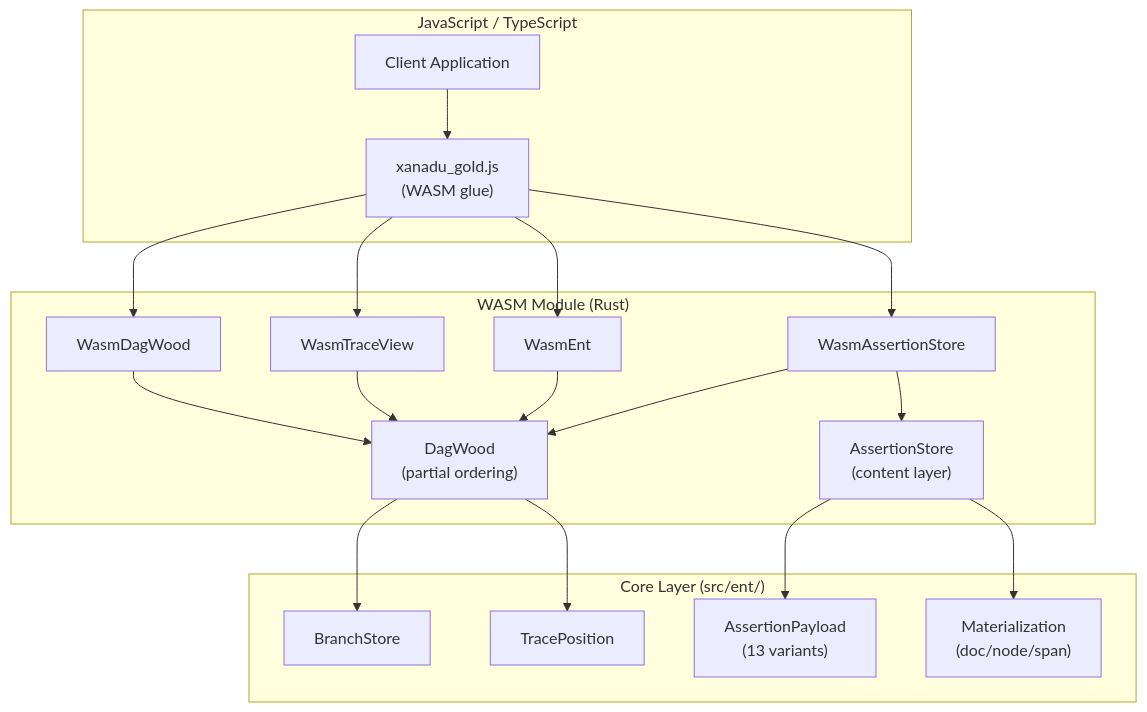
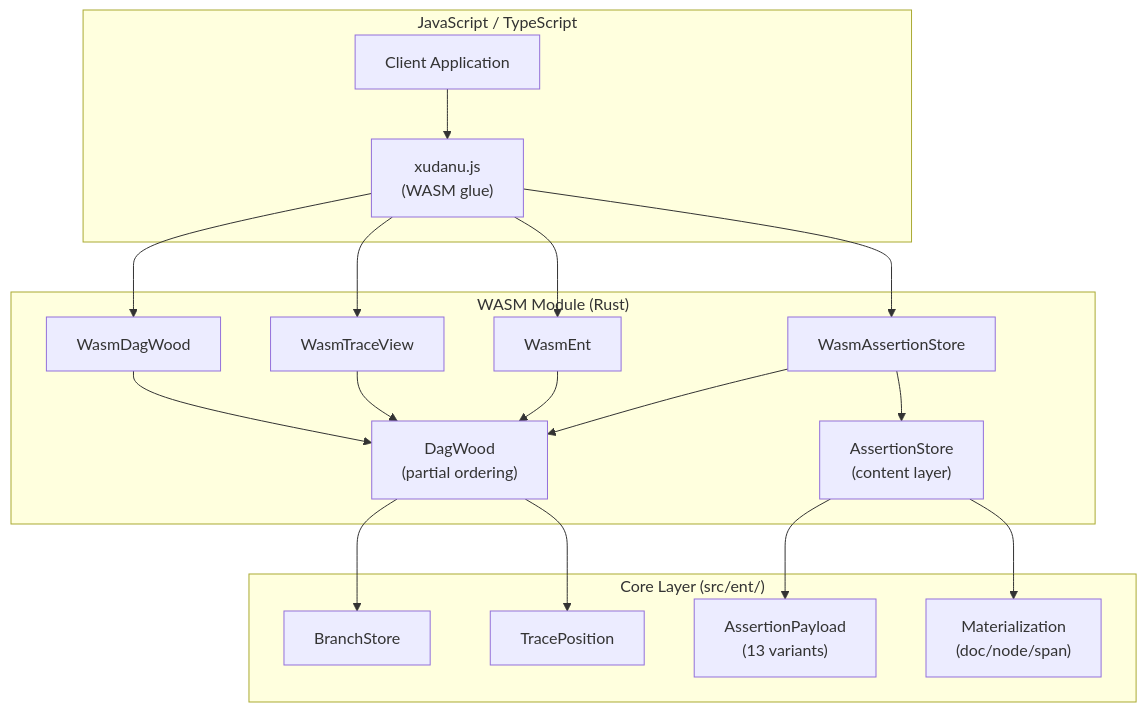
One commit to jonesd/xudanu changed the first of 9 diagrams in original-code/xanadugold/src-rust/docs/architecture.md. Above: the diagram before and after it, drawn with Mermaid. The commit also changed 9 other files, not shown here.

````diff
--- a/original-code/xanadugold/src-rust/docs/architecture.md
+++ b/original-code/xanadugold/src-rust/docs/architecture.md
@@ -10,27 +10,27 @@
 ```mermaid
 graph TB
     subgraph "JavaScript / TypeScript"
         APP["Client Application"]
-        APP --> WASM["xanadu_gold.js<br/>(WASM glue)"]
+        APP --> WASM["xudanu.js<br/>(WASM glue)"]
     end
 
     subgraph "WASM Module (Rust)"
         WASM --> D["WasmDagWood"]
         WASM --> TV["WasmTraceView"]
         WASM --> E["WasmEnt"]
         WASM --> AS["WasmAssertionStore"]
 
         D --> DW["DagWood<br/>(partial ordering)"]
         TV --> DW
         E --> DW
         AS --> CS["AssertionStore<br/>(content layer)"]
         AS --> DW
     end
 
     subgraph "Core Layer (src/ent/)"
         DW --> BS["BranchStore"]
         DW --> TP["TracePosition"]
         CS --> AP["AssertionPayload<br/>(13 variants)"]
         CS --> MV["Materialization<br/>(doc/node/span)"]
     end
 ```
````
